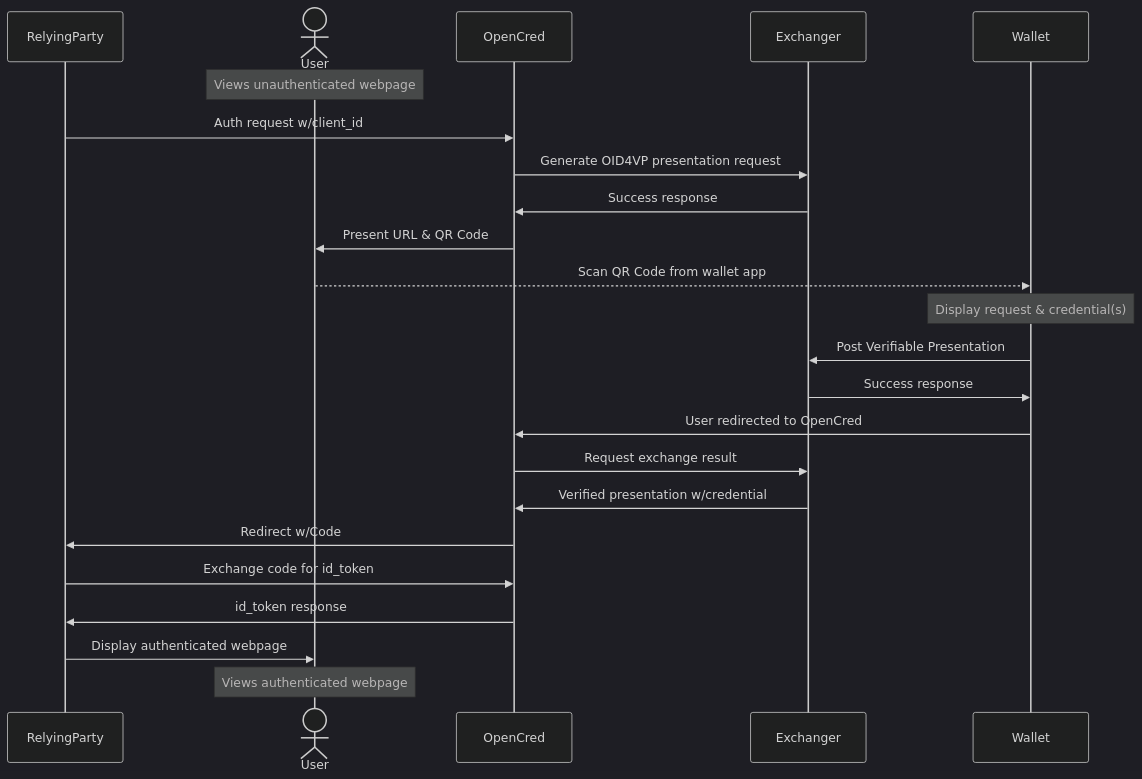
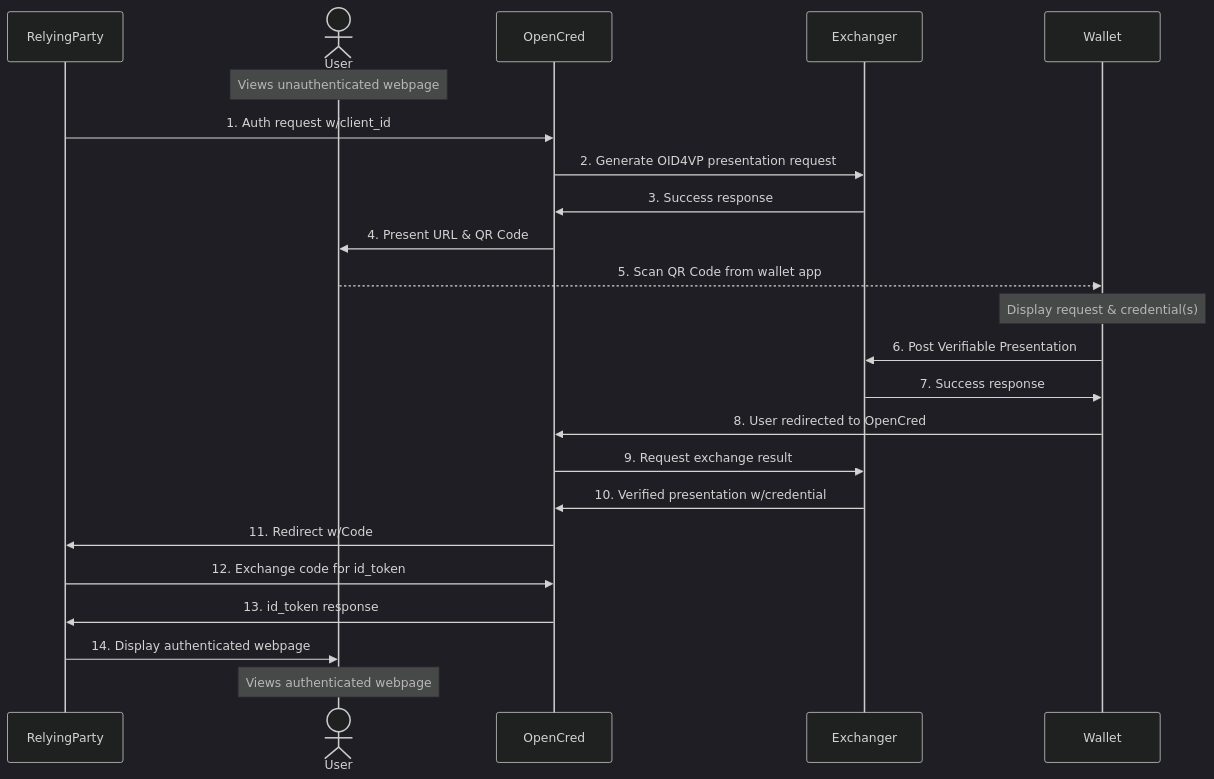
Before and after one commit to stateofca/opencred: the diagram in README.md, drawn with Mermaid (dark theme).

Commit message:
Add numbers to flowchart.

````diff
--- a/README.md
+++ b/README.md
@@ -12,25 +12,25 @@
 ```mermaid
 sequenceDiagram
     participant RP as RelyingParty
     actor User as User
     participant OpenCred as OpenCred
     participant Exchanger as Exchanger
     participant Wallet as Wallet
     note over User: Views unauthenticated webpage
-    RP->>OpenCred: Auth request w/client_id
-    OpenCred->>Exchanger: Generate OID4VP presentation request
-    Exchanger->>OpenCred: Success response
-    OpenCred->>User: Present URL & QR Code
-    User-->>Wallet: Scan QR Code from wallet app
+    RP->>OpenCred: 1. Auth request w/client_id
+    OpenCred->>Exchanger: 2. Generate OID4VP presentation request
+    Exchanger->>OpenCred: 3. Success response
+    OpenCred->>User: 4. Present URL & QR Code
+    User-->>Wallet: 5. Scan QR Code from wallet app
     note over Wallet: Display request & credential(s)
-    Wallet->>Exchanger: Post Verifiable Presentation
-    Exchanger->>Wallet: Success response
-    Wallet->>OpenCred: User redirected to OpenCred
-    OpenCred->>Exchanger: Request exchange result
-    Exchanger->>OpenCred: Verified presentation w/credential
-    OpenCred->>RP: Redirect w/Code
-    RP->>OpenCred: Exchange code for id_token
-    OpenCred->>RP: id_token response
-    RP->>User: Display authenticated webpage
+    Wallet->>Exchanger: 6. Post Verifiable Presentation
+    Exchanger->>Wallet: 7. Success response
+    Wallet->>OpenCred: 8. User redirected to OpenCred
+    OpenCred->>Exchanger: 9. Request exchange result
+    Exchanger->>OpenCred: 10. Verified presentation w/credential
+    OpenCred->>RP: 11. Redirect w/Code
+    RP->>OpenCred: 12. Exchange code for id_token
+    OpenCred->>RP: 13. id_token response
+    RP->>User: 14. Display authenticated webpage
     note over User: Views authenticated webpage
 ```
````
